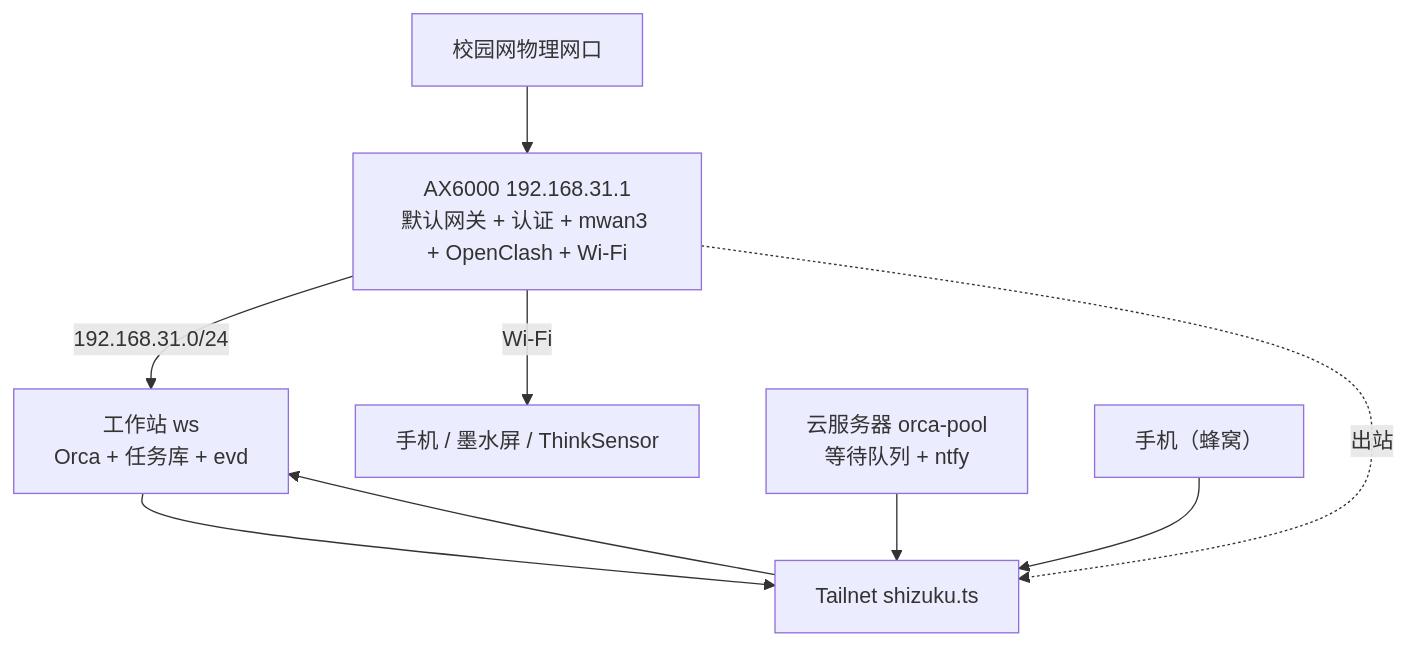
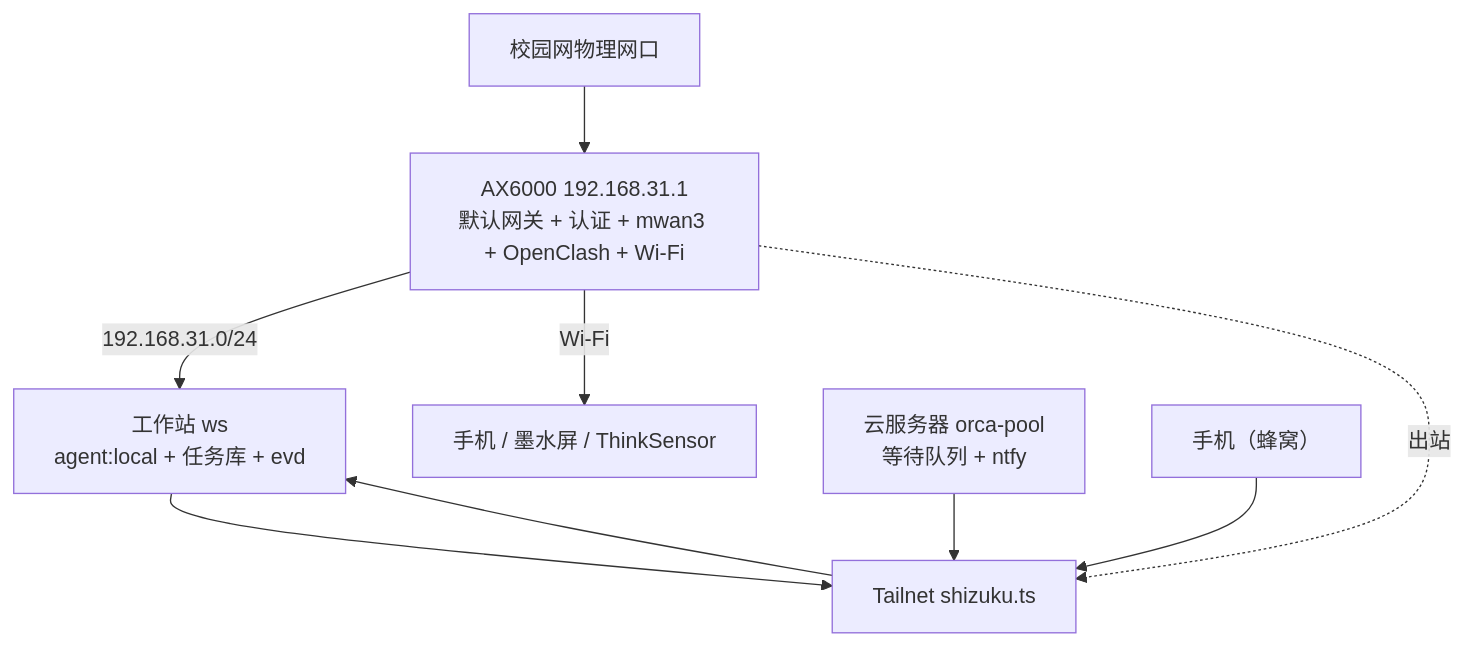
Before and after one commit to ShizkMoon/ai-collab-assistant: the diagram in docs/network-fabric.md, drawn with Mermaid. The commit also changed other lines of this file and 28 other files, not shown here.

First line of the commit message:
docs: 编排层改用自建 agent:local 运行时，GUI 自动化定型 agent-desktop

````diff
--- a/docs/network-fabric.md
+++ b/docs/network-fabric.md
@@ -9,11 +9,11 @@
 ```mermaid
 flowchart TD
   NET["校园网物理网口"] --> RT["AX6000 192.168.31.1<br/>默认网关 + 认证 + mwan3 + OpenClash + Wi-Fi"]
-  RT -->|192.168.31.0/24| WS["工作站 ws<br/>Orca + 任务库 + evd"]
+  RT -->|192.168.31.0/24| WS["工作站 ws<br/>agent:local + 任务库 + evd"]
   RT -->|Wi-Fi| DEV["手机 / 墨水屏 / ThinkSensor"]
   RT -.->|出站| TS["Tailnet shizuku.ts"]
   WS --> TS
   CLOUD["云服务器 orca-pool<br/>等待队列 + ntfy"] --> TS
   PHONE["手机（蜂窝）"] --> TS
   TS --> WS
 ```
````
